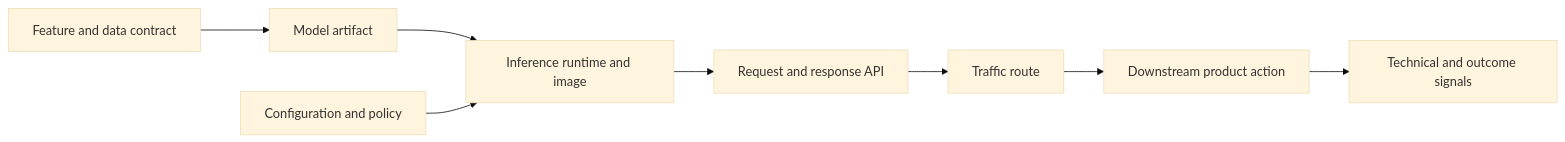
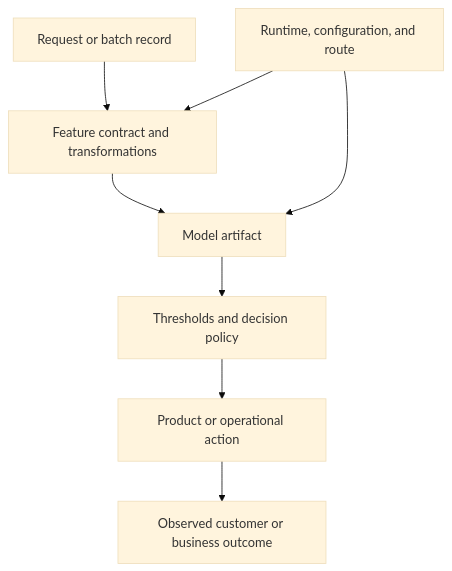
Before and after one commit to senlinyy/dev-roadmaps: the first of 4 diagrams in roadmaps/mlops/modules/deployment-and-release-management/rollback-and-recovery/03-rolling-back-bad-model.md, drawn with Mermaid (base theme). The commit also changed other lines of this file and 198 other files, not shown here.

````diff
--- a/roadmaps/mlops/modules/deployment-and-release-management/rollback-and-recovery/03-rolling-back-bad-model.md
+++ b/roadmaps/mlops/modules/deployment-and-release-management/rollback-and-recovery/03-rolling-back-bad-model.md
@@ -20,10 +45,10 @@
 ```mermaid
-flowchart LR
-    F["Feature and data contract"] --> M["Model artifact"]
-    M --> R["Inference runtime and image"]
-    R --> A["Request and response API"]
-    C["Configuration and policy"] --> R
-    A --> T["Traffic route"]
-    T --> D["Downstream product action"]
-    D --> O["Technical and outcome signals"]
+flowchart TD
+    Q["Request or batch record"] --> F["Feature contract and transformations"]
+    F --> M["Model artifact"]
+    M --> P["Thresholds and decision policy"]
+    P --> A["Product or operational action"]
+    R["Runtime, configuration, and route"] --> F
+    R --> M
+    A --> O["Observed customer or business outcome"]
 ```
````
